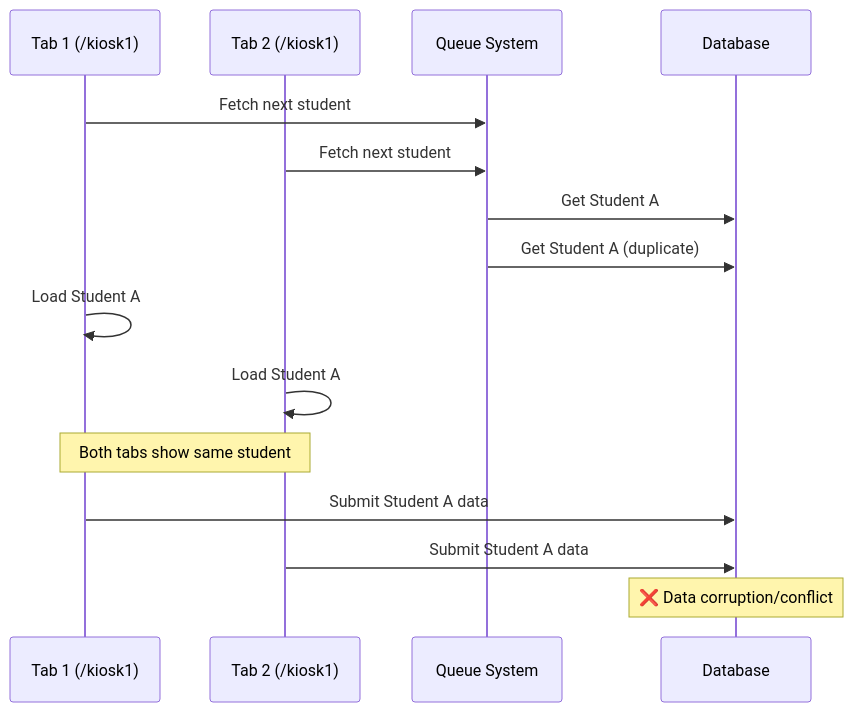
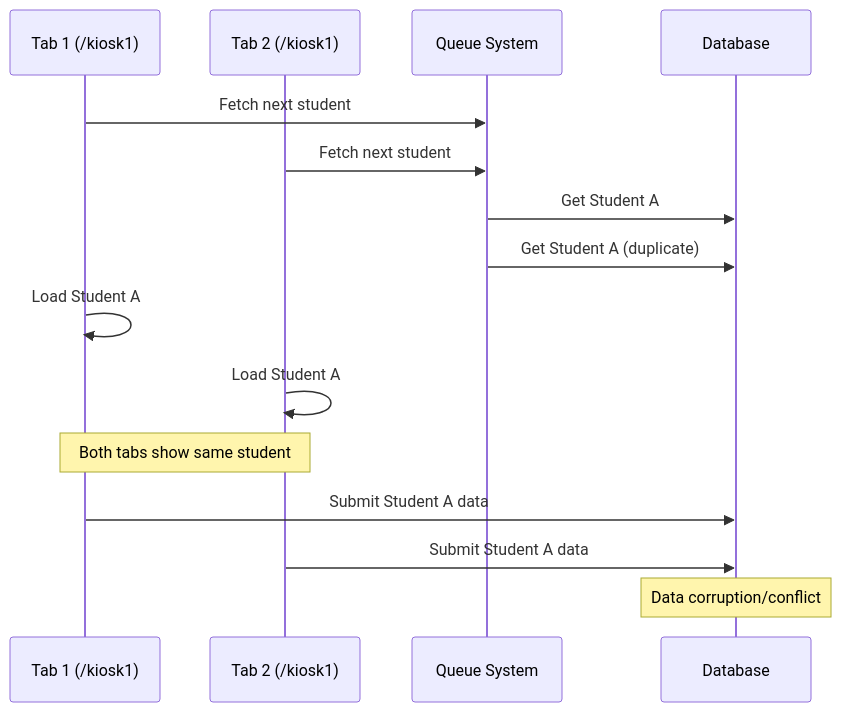
Before and after one commit to Splurfa/bx-os: the second of 5 diagrams in Docs/Flowcharts/Current-State/02-current-kiosk-logic.md, drawn with Mermaid. The commit also changed other lines of this file and 12 other files, not shown here.

First line of the commit message:
Fix flowchart syntax and numbering

````diff
--- a/Docs/Flowcharts/Current-State/02-current-kiosk-logic.md
+++ b/Docs/Flowcharts/Current-State/02-current-kiosk-logic.md
@@ -34,18 +34,18 @@
 ```mermaid
 sequenceDiagram
     participant T1 as Tab 1 (/kiosk1)
     participant T2 as Tab 2 (/kiosk1)
     participant Q as Queue System
     participant DB as Database
 
     T1->>Q: Fetch next student
     T2->>Q: Fetch next student
     Q->>DB: Get Student A
     Q->>DB: Get Student A (duplicate)
     T1->>T1: Load Student A
     T2->>T2: Load Student A
     Note over T1,T2: Both tabs show same student
     T1->>DB: Submit Student A data
     T2->>DB: Submit Student A data
-    Note over DB: ❌ Data corruption/conflict
+    Note over DB: Data corruption/conflict
 ```
````
